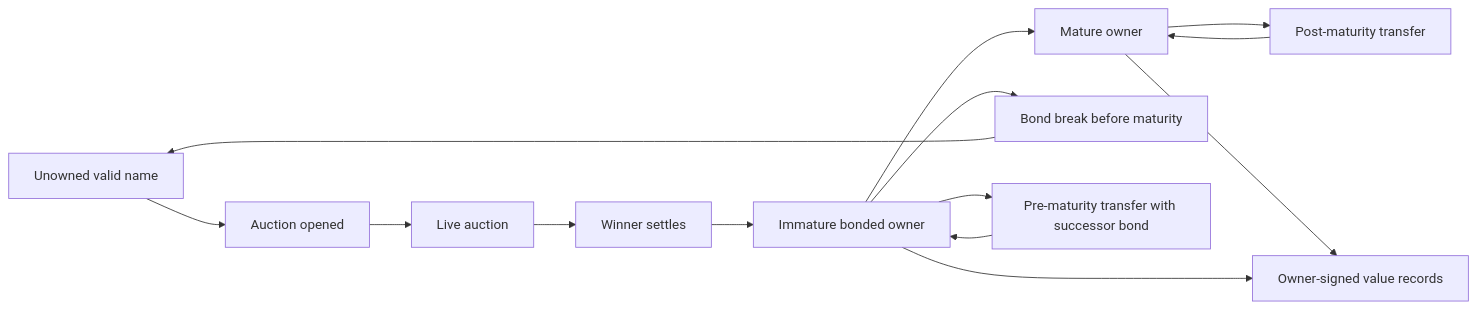
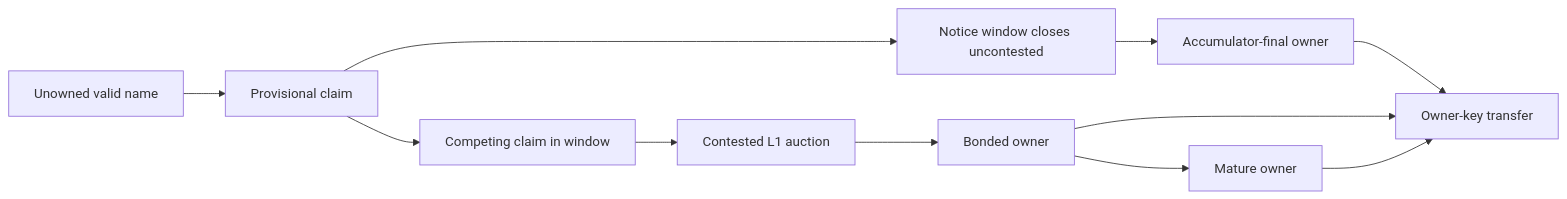
The diagram in docs/launch/ONT_LAUNCH_V1_BRIEF.md (deekay/ont), drawn with Mermaid before and after one commit. The commit also changed other lines of this file and 131 other files, not shown here.

First line of the commit message:
Consolidate ONT scaling architecture checkpoint

````diff
--- a/docs/launch/ONT_LAUNCH_V1_BRIEF.md
+++ b/docs/launch/ONT_LAUNCH_V1_BRIEF.md
@@ -139,16 +111,13 @@
 ```mermaid
 flowchart LR
-  A["Unowned valid name"] --> B["Auction opened"]
-  B --> C["Live auction"]
-  C --> D["Winner settles"]
-  D --> E["Immature bonded owner"]
-  E --> F["Mature owner"]
-  E --> G["Bond break before maturity"]
-  G --> A
-  E --> H["Pre-maturity transfer with successor bond"]
-  H --> E
-  F --> I["Post-maturity transfer"]
-  I --> F
-  F --> J["Owner-signed value records"]
-  E --> J
+  A["Unowned valid name"] --> B["Provisional claim"]
+  B --> C["Notice window closes uncontested"]
+  C --> D["Accumulator-final owner"]
+  B --> E["Competing claim in window"]
+  E --> F["Contested L1 auction"]
+  F --> G["Bonded owner"]
+  G --> H["Mature owner"]
+  D --> I["Owner-key transfer"]
+  G --> I
+  H --> I
 ```
````
